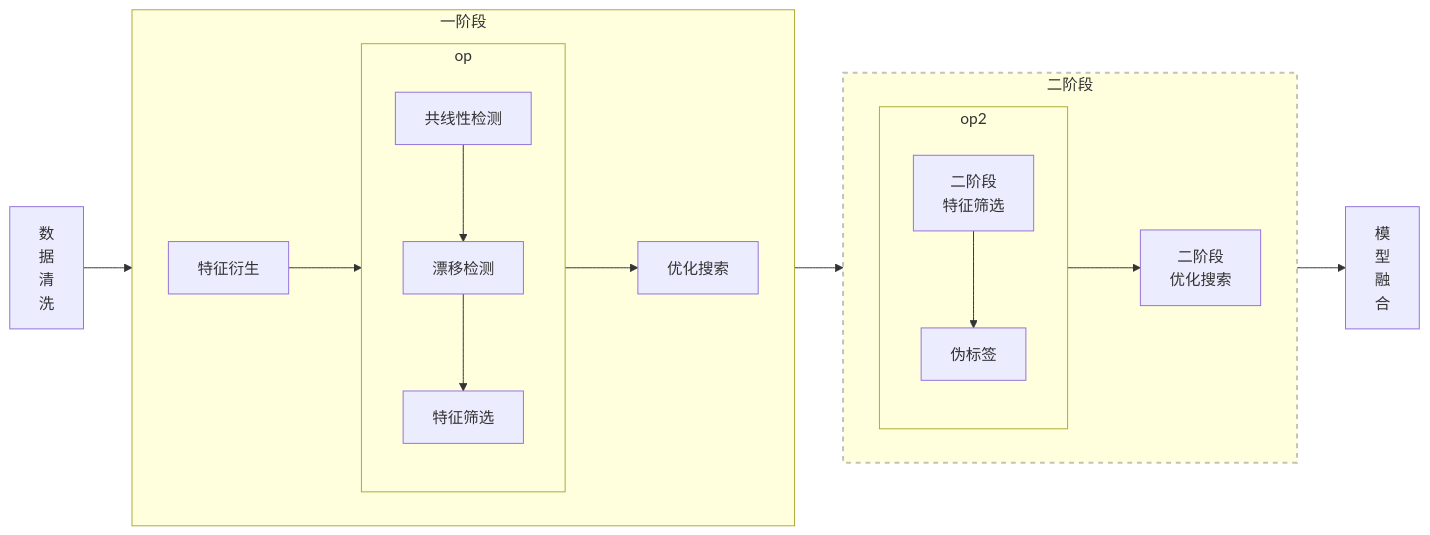
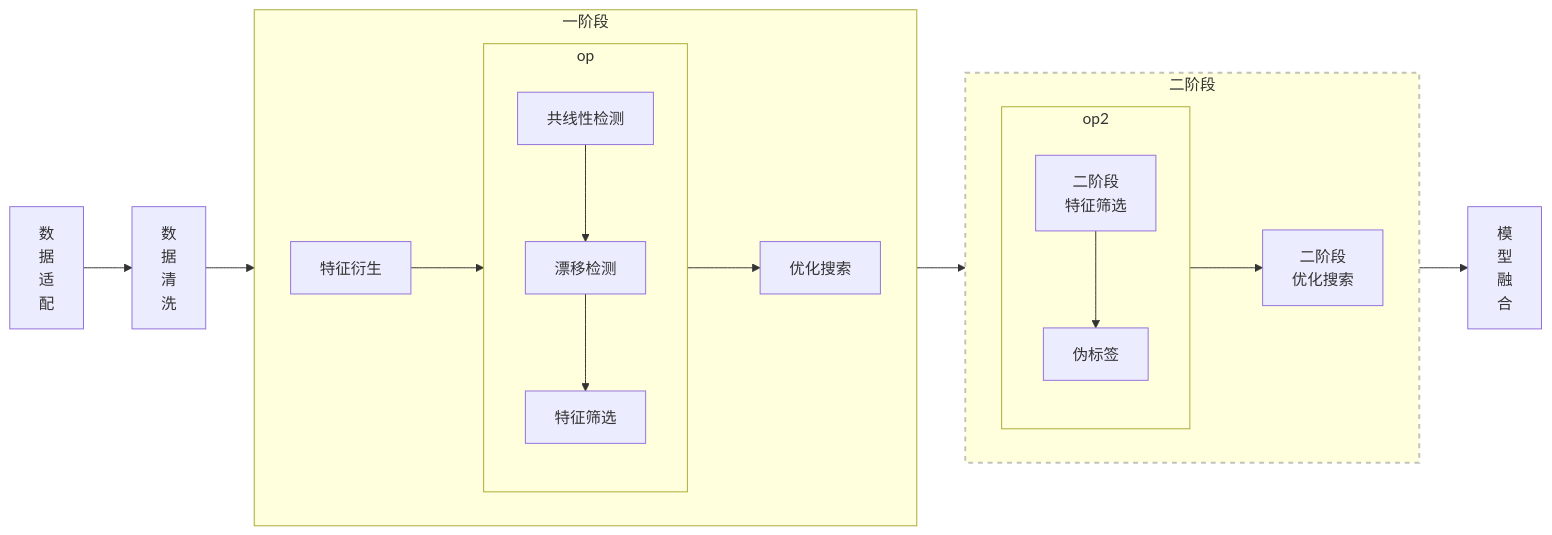
Before and after one commit to DataCanvasIO/HyperGBM: the diagram in docs/zh_CN/source/example_advanced.rst, drawn with Mermaid. The commit also changed other lines of this file and 1 other file, not shown here.

```diff
--- a/docs/zh_CN/source/example_advanced.rst
+++ b/docs/zh_CN/source/example_advanced.rst
@@ -6,37 +6,38 @@
 .. mermaid::
 
     flowchart LR
+        da[数<br/>据<br/>适<br/>配]
         dc[数<br/>据<br/>清<br/>洗]
         fg[特征衍生]
         cd[共线性检测]
         dd[漂移检测]
         fs[特征筛选]
         s1[优化搜索]
         pi[二阶段<br/>特征筛选]
         pl[伪标签]
         s2[二阶段<br/>优化搜索]
         em[模<br/>型<br/>融<br/>合]
         op2[op]
 
         subgraph 一阶段
             direction LR
             subgraph op
                 direction TB
                 cd-->dd
                 dd-->fs
             end
             fg-->op
             op-->s1
         end
         subgraph 二阶段
             direction LR
             subgraph op2
                 direction TB
                 pi-->pl
             end
             op2-->s2
         end
-        dc-->一阶段-->二阶段-->em
+        da-->dc-->一阶段-->二阶段-->em
 
         style 二阶段 stroke:#6666,stroke-width:2px,stroke-dasharray: 5, 5;
         style 二阶段 stroke:#6666,stroke-width:2px,stroke-dasharray: 5, 5;
```
